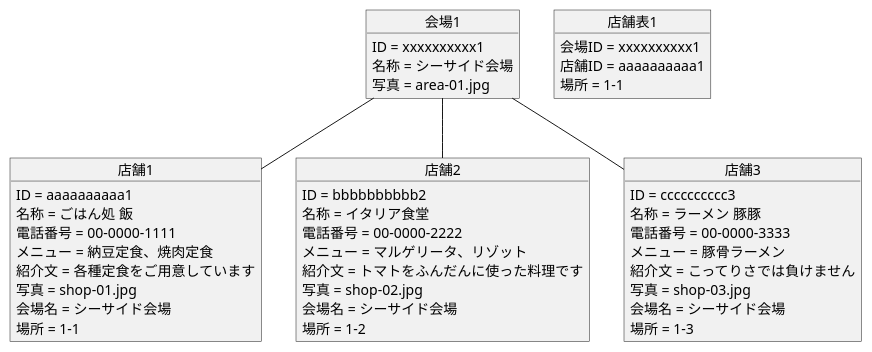
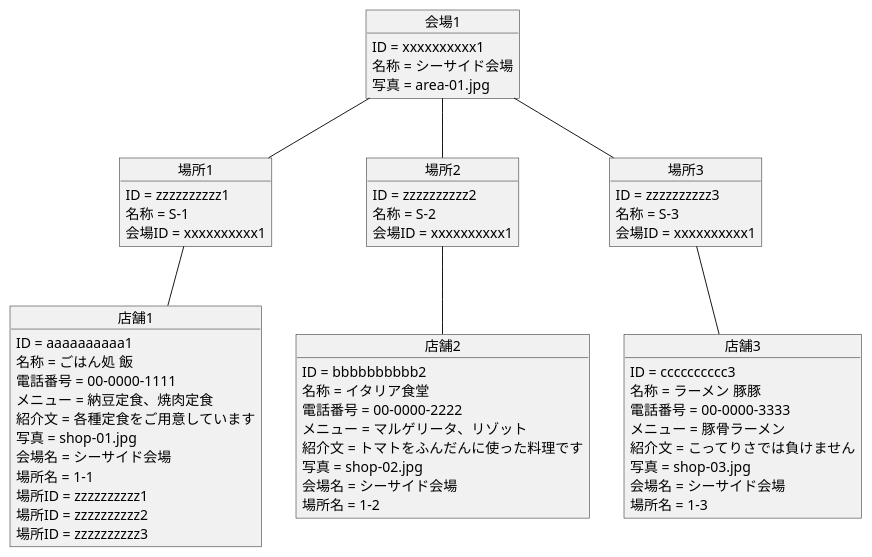
The second of 7 diagrams in 03_event-shop-app/3_実装用の図.md (zakzakst/object-oriented-practice), drawn with PlantUML before and after one commit. The commit also changed other lines of this file and 2 other files, not shown here.

````diff
--- a/03_event-shop-app/3_実装用の図.md
+++ b/03_event-shop-app/3_実装用の図.md
@@ -21,47 +23,63 @@
 ```puml
 @startuml
 object 会場1
 会場1 : ID = xxxxxxxxxx1
 会場1 : 名称 = シーサイド会場
 会場1 : 写真 = area-01.jpg
+
+object 場所1
+場所1 : ID = zzzzzzzzzz1
+場所1 : 名称 = S-1
+場所1 : 会場ID = xxxxxxxxxx1
+
+object 場所2
+場所2 : ID = zzzzzzzzzz2
+場所2 : 名称 = S-2
+場所2 : 会場ID = xxxxxxxxxx1
+
+object 場所3
+場所3 : ID = zzzzzzzzzz3
+場所3 : 名称 = S-3
+場所3 : 会場ID = xxxxxxxxxx1
 
 object 店舗1
 店舗1 : ID = aaaaaaaaaa1
 店舗1 : 名称 = ごはん処 飯
 店舗1 : 電話番号 = 00-0000-1111
 店舗1 : メニュー = 納豆定食、焼肉定食
 店舗1 : 紹介文 = 各種定食をご用意しています
 店舗1 : 写真 = shop-01.jpg
 店舗1 : 会場名 = シーサイド会場
-店舗1 : 場所 = 1-1
+店舗1 : 場所名 = 1-1
+店舗1 : 場所ID = zzzzzzzzzz1
 
 object 店舗2
 店舗2 : ID = bbbbbbbbbb2
 店舗2 : 名称 = イタリア食堂
 店舗2 : 電話番号 = 00-0000-2222
 店舗2 : メニュー = マルゲリータ、リゾット
 店舗2 : 紹介文 = トマトをふんだんに使った料理です
 店舗2 : 写真 = shop-02.jpg
 店舗2 : 会場名 = シーサイド会場
-店舗2 : 場所 = 1-2
+店舗2 : 場所名 = 1-2
+店舗1 : 場所ID = zzzzzzzzzz2
 
 object 店舗3
 店舗3 : ID = cccccccccc3
 店舗3 : 名称 = ラーメン 豚豚
 店舗3 : 電話番号 = 00-0000-3333
 店舗3 : メニュー = 豚骨ラーメン
 店舗3 : 紹介文 = こってりさでは負けません
 店舗3 : 写真 = shop-03.jpg
 店舗3 : 会場名 = シーサイド会場
-店舗3 : 場所 = 1-3
+店舗3 : 場所名 = 1-3
+店舗1 : 場所ID = zzzzzzzzzz3
 
-object 店舗表1
-店舗表1 : 会場ID = xxxxxxxxxx1
-店舗表1 : 店舗ID = aaaaaaaaaa1
-店舗表1 : 場所 = 1-1
-
-会場1 -- 店舗1
-会場1 -- 店舗2
-会場1 -- 店舗3
+会場1 -- 場所1
+会場1 -- 場所2
+会場1 -- 場所3
+場所1 -- 店舗1
+場所2 -- 店舗2
+場所3 -- 店舗3
 @enduml
 ```
````
